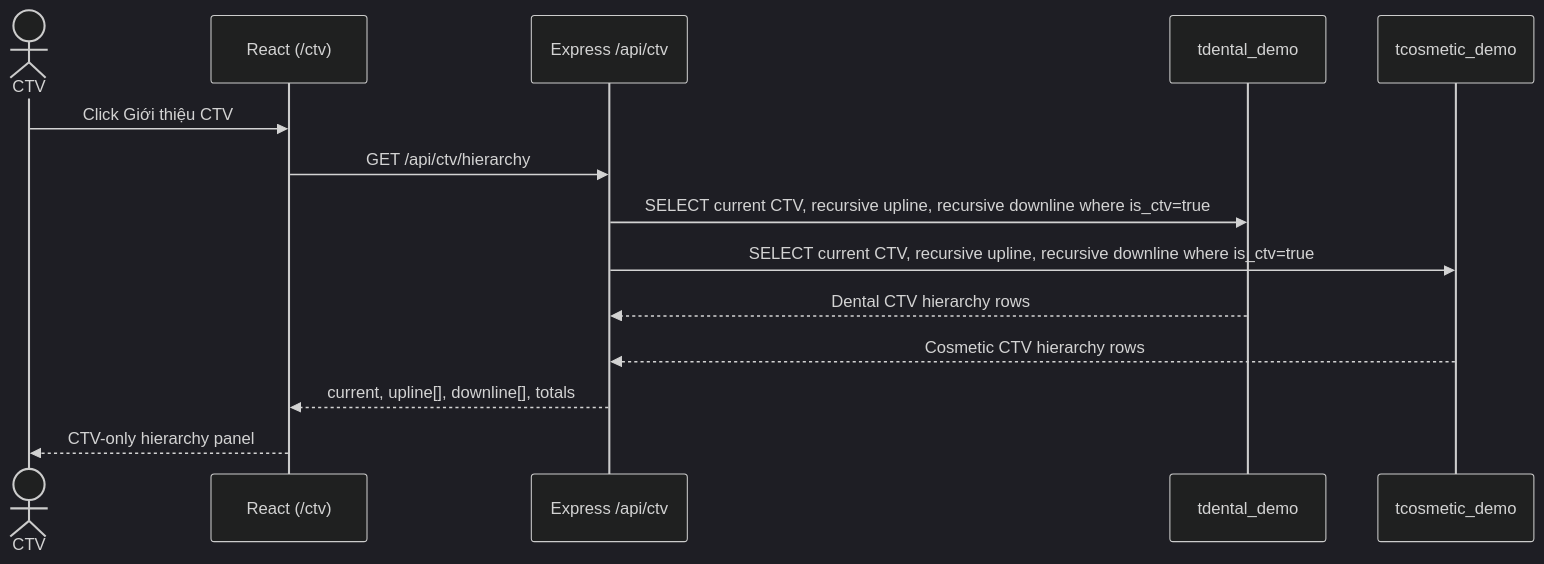
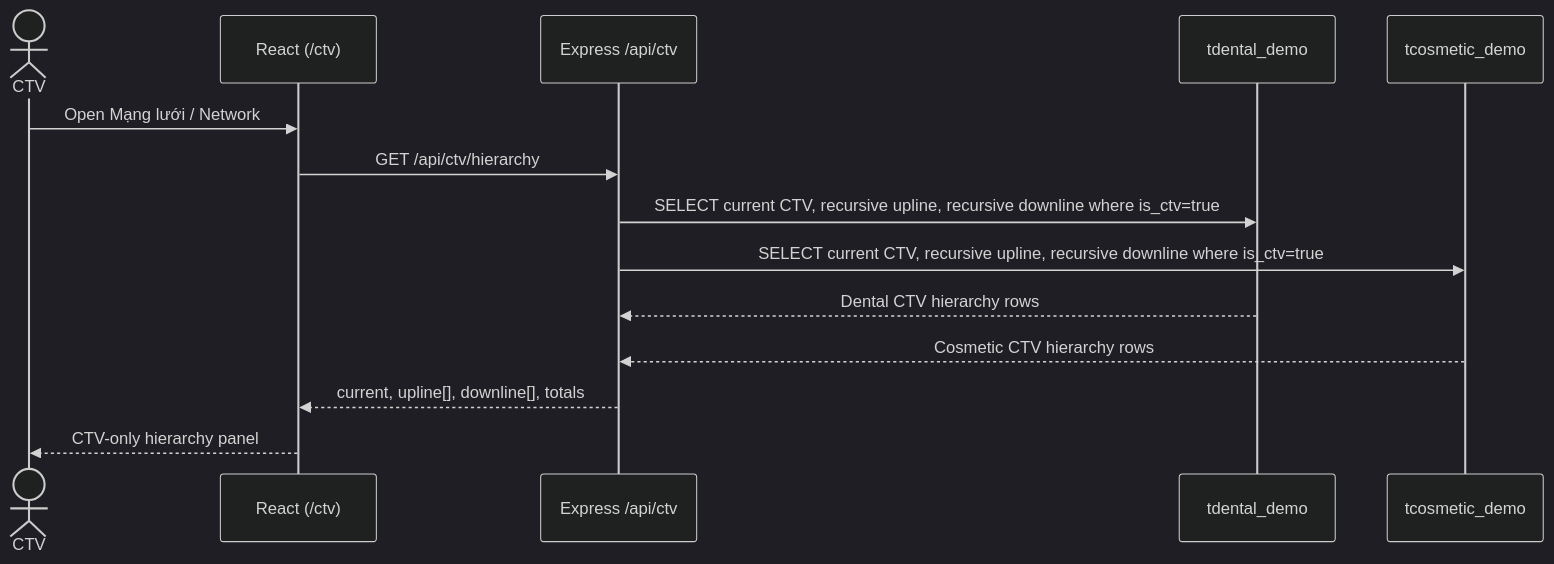
One commit to niiiusburo/Tgroup changed diagram 16 of 16 in docs/WORKFLOWS.md. Above: the diagram before and after it, drawn with Mermaid (dark theme). The commit also changed other lines of this file and 21 other files, not shown here.

````diff
--- a/docs/WORKFLOWS.md
+++ b/docs/WORKFLOWS.md
@@ -642,17 +644,17 @@
 ```mermaid
 sequenceDiagram
     actor C as CTV
     participant FE as React (/ctv)
     participant API as Express /api/ctv
     participant Dental as tdental_demo
     participant Cosmetic as tcosmetic_demo
 
-    C->>FE: Click Giới thiệu CTV
+    C->>FE: Open Mạng lưới / Network
     FE->>API: GET /api/ctv/hierarchy
     API->>Dental: SELECT current CTV, recursive upline, recursive downline where is_ctv=true
     API->>Cosmetic: SELECT current CTV, recursive upline, recursive downline where is_ctv=true
     Dental-->>API: Dental CTV hierarchy rows
     Cosmetic-->>API: Cosmetic CTV hierarchy rows
     API-->>FE: current, upline[], downline[], totals
     FE-->>C: CTV-only hierarchy panel
 ```
````
